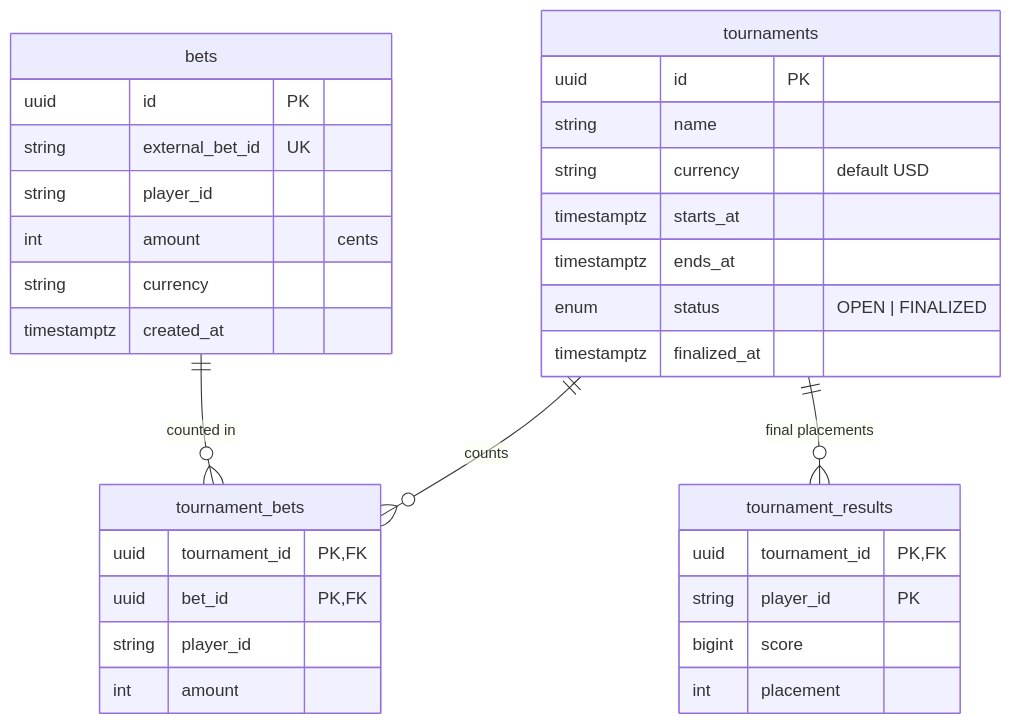
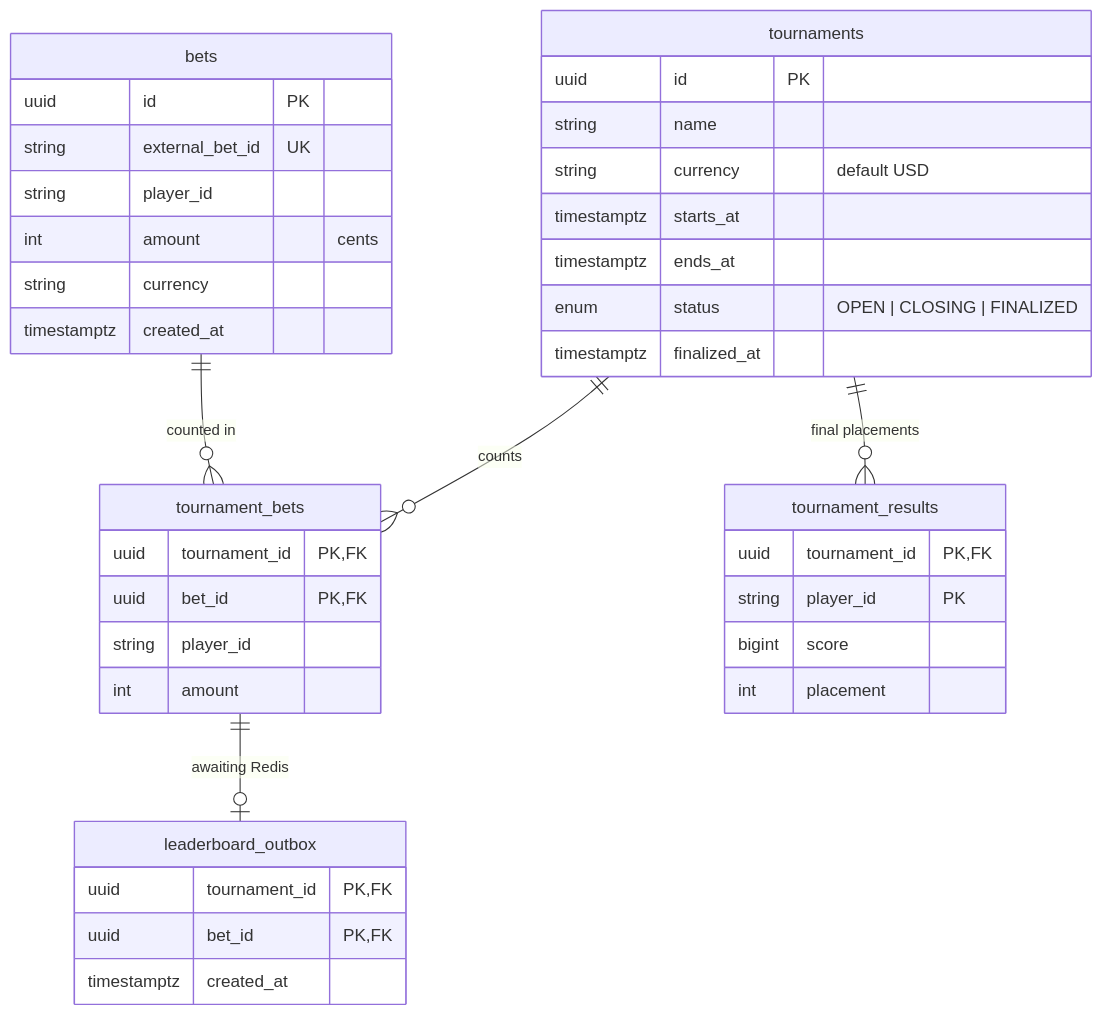
Before and after one commit to tomBold/tournaments: the fourth of 4 diagrams in README.md, drawn with Mermaid. The commit also changed other lines of this file and 35 other files, not shown here.

````diff
--- a/README.md
+++ b/README.md
@@ -259,36 +323,42 @@
 ```mermaid
 erDiagram
     tournaments ||--o{ tournament_bets : "counts"
     bets ||--o{ tournament_bets : "counted in"
     tournaments ||--o{ tournament_results : "final placements"
+    tournament_bets ||--o| leaderboard_outbox : "awaiting Redis"
 
     tournaments {
         uuid id PK
         string name
         string currency "default USD"
         timestamptz starts_at
         timestamptz ends_at
-        enum status "OPEN | FINALIZED"
+        enum status "OPEN | CLOSING | FINALIZED"
         timestamptz finalized_at
     }
     bets {
         uuid id PK
         string external_bet_id UK
         string player_id
         int amount "cents"
         string currency
         timestamptz created_at
     }
     tournament_bets {
         uuid tournament_id PK, FK
         uuid bet_id PK, FK
         string player_id
         int amount
     }
     tournament_results {
         uuid tournament_id PK, FK
         string player_id PK
         bigint score
         int placement
     }
+    leaderboard_outbox {
+        uuid tournament_id PK, FK
+        uuid bet_id PK, FK
+        timestamptz created_at
+    }
 ```
````
